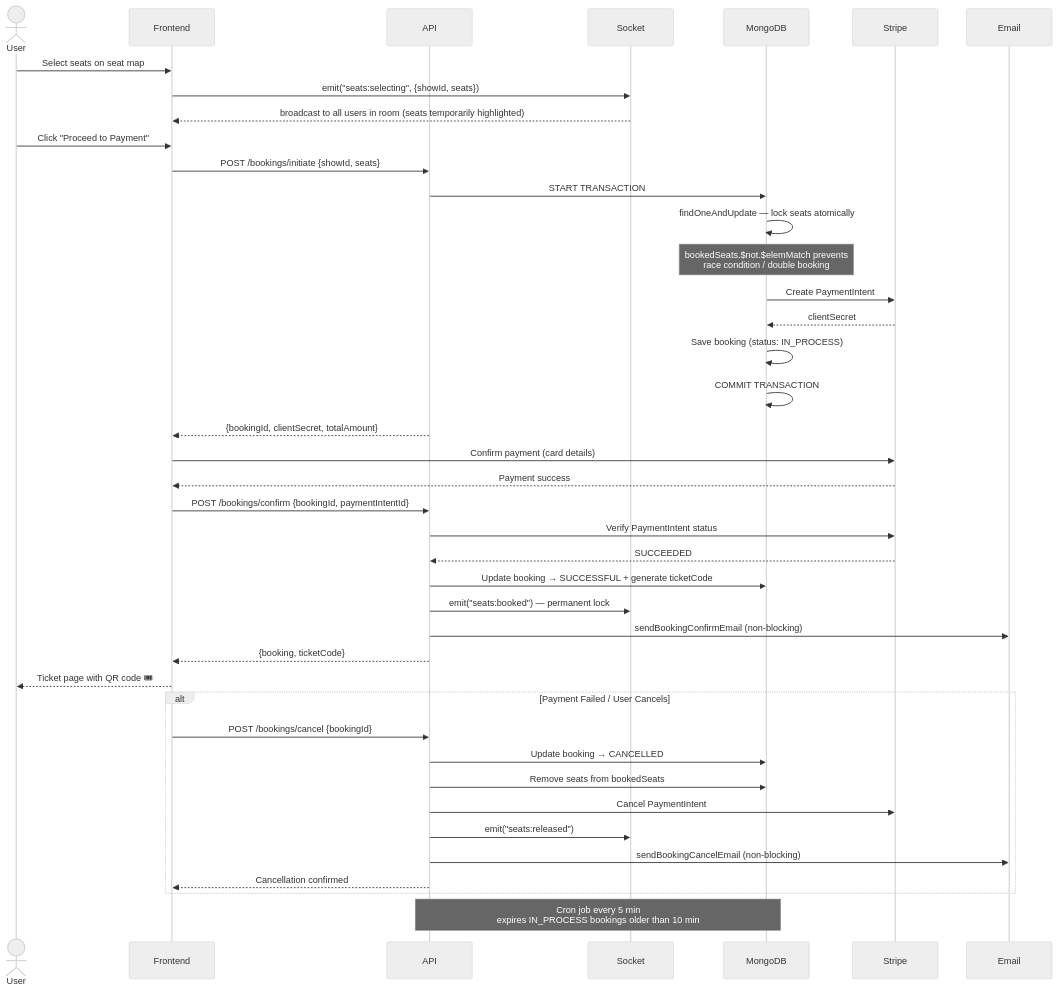
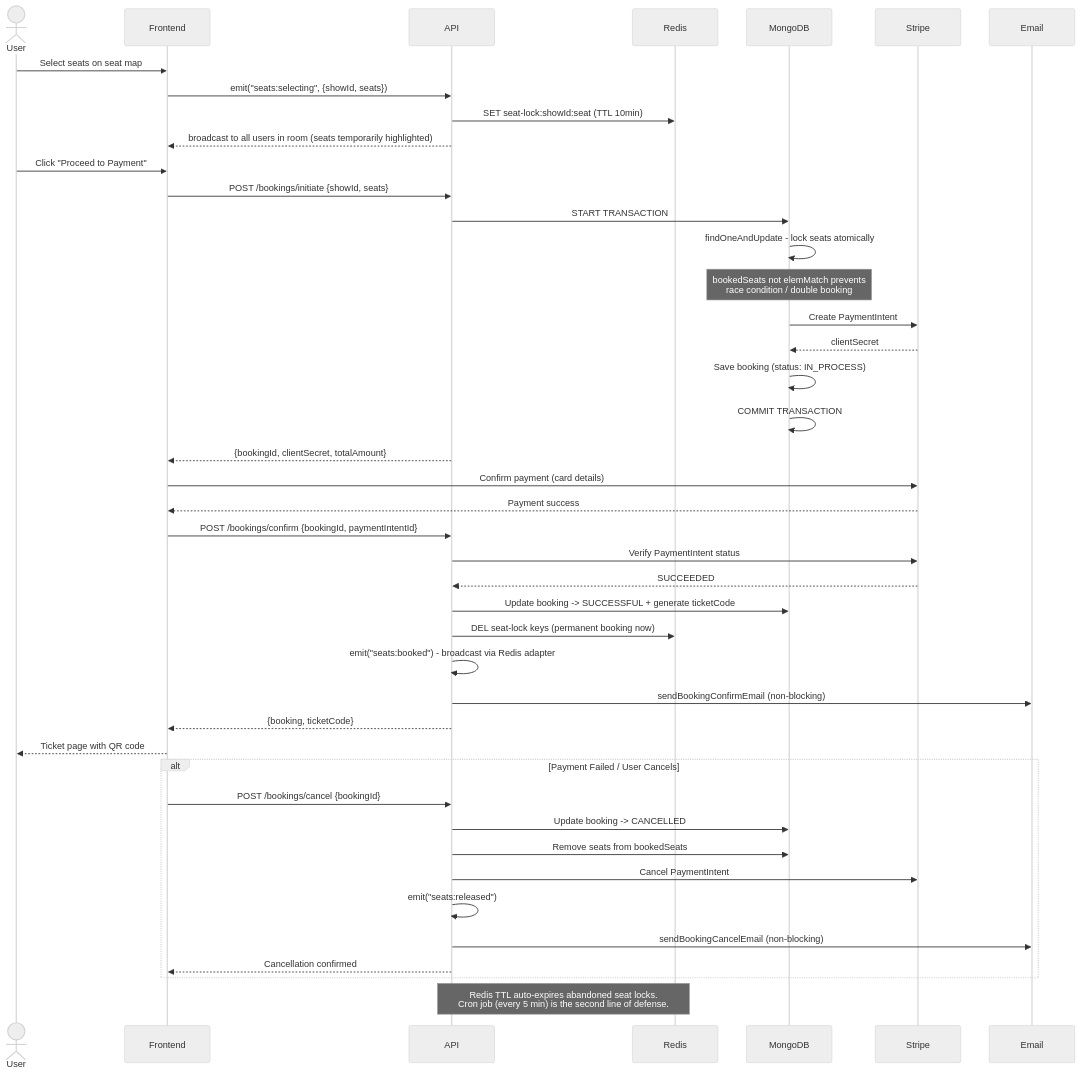
The second of 5 diagrams in README.md (AmanBhaskar16/Ticket-Booking-Platform), drawn with Mermaid (neutral theme) before and after one commit. The commit also changed other lines of this file, not shown here.

First line of the commit message:
Update README with Redis, Docker badges and details

````diff
--- a/README.md
+++ b/README.md
@@ -116,50 +131,52 @@
 ```mermaid
 sequenceDiagram
     actor User
     participant Frontend
     participant API
-    participant Socket
+    participant Redis
     participant MongoDB
     participant Stripe
     participant Email
 
     User->>Frontend: Select seats on seat map
-    Frontend->>Socket: emit("seats:selecting", {showId, seats})
-    Socket-->>Frontend: broadcast to all users in room (seats temporarily highlighted)
+    Frontend->>API: emit("seats:selecting", {showId, seats})
+    API->>Redis: SET seat-lock:showId:seat (TTL 10min)
+    API-->>Frontend: broadcast to all users in room (seats temporarily highlighted)
 
     User->>Frontend: Click "Proceed to Payment"
     Frontend->>API: POST /bookings/initiate {showId, seats}
 
     API->>MongoDB: START TRANSACTION
-    MongoDB->>MongoDB: findOneAndUpdate — lock seats atomically
-    Note over MongoDB: bookedSeats.$not.$elemMatch prevents<br/>race condition / double booking
+    MongoDB->>MongoDB: findOneAndUpdate - lock seats atomically
+    Note over MongoDB: bookedSeats not elemMatch prevents<br/>race condition / double booking
     MongoDB->>Stripe: Create PaymentIntent
     Stripe-->>MongoDB: clientSecret
     MongoDB->>MongoDB: Save booking (status: IN_PROCESS)
     MongoDB->>MongoDB: COMMIT TRANSACTION
     API-->>Frontend: {bookingId, clientSecret, totalAmount}
 
     Frontend->>Stripe: Confirm payment (card details)
     Stripe-->>Frontend: Payment success
 
     Frontend->>API: POST /bookings/confirm {bookingId, paymentIntentId}
     API->>Stripe: Verify PaymentIntent status
     Stripe-->>API: SUCCEEDED
-    API->>MongoDB: Update booking → SUCCESSFUL + generate ticketCode
-    API->>Socket: emit("seats:booked") — permanent lock
+    API->>MongoDB: Update booking -> SUCCESSFUL + generate ticketCode
+    API->>Redis: DEL seat-lock keys (permanent booking now)
+    API->>API: emit("seats:booked") - broadcast via Redis adapter
     API->>Email: sendBookingConfirmEmail (non-blocking)
     API-->>Frontend: {booking, ticketCode}
-    Frontend-->>User: Ticket page with QR code 🎟
+    Frontend-->>User: Ticket page with QR code
 
     alt Payment Failed / User Cancels
         Frontend->>API: POST /bookings/cancel {bookingId}
-        API->>MongoDB: Update booking → CANCELLED
+        API->>MongoDB: Update booking -> CANCELLED
         API->>MongoDB: Remove seats from bookedSeats
         API->>Stripe: Cancel PaymentIntent
-        API->>Socket: emit("seats:released")
+        API->>API: emit("seats:released")
         API->>Email: sendBookingCancelEmail (non-blocking)
         API-->>Frontend: Cancellation confirmed
     end
 
-    Note over API,MongoDB: Cron job every 5 min<br/>expires IN_PROCESS bookings older than 10 min
+    Note over API,Redis: Redis TTL auto-expires abandoned seat locks.<br/>Cron job (every 5 min) is the second line of defense.
 ```
````
